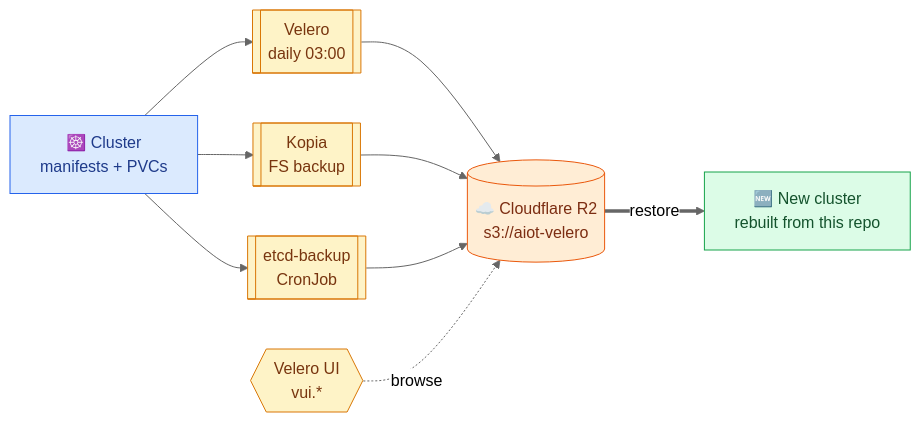
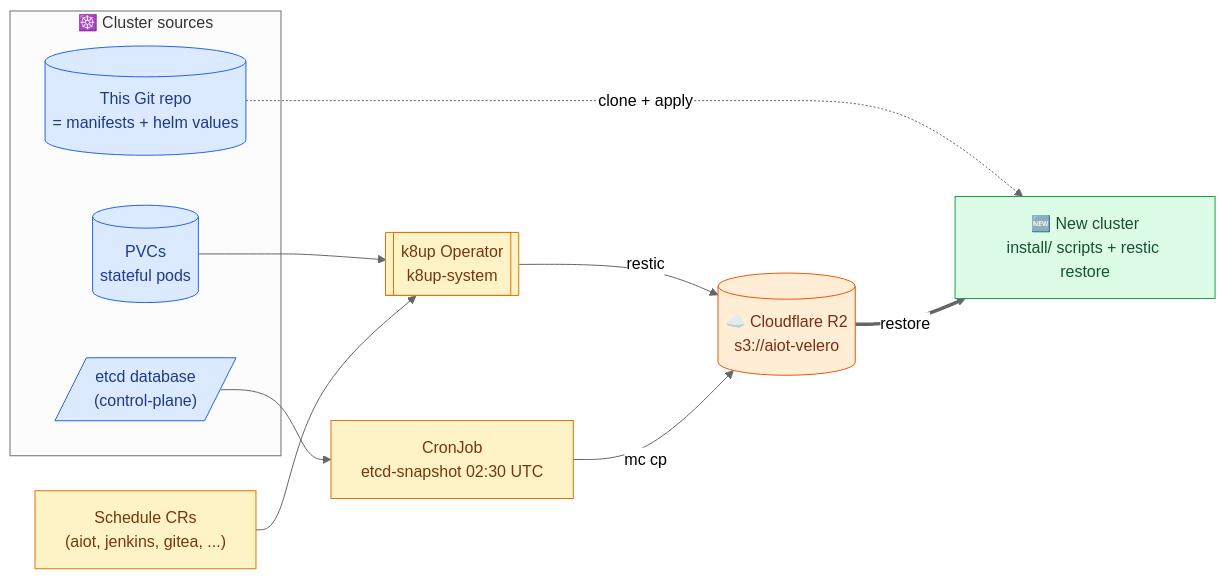
Before and after one commit to ondrejnr/aiot-platform: the fifth of 5 diagrams in README.md, drawn with Mermaid (neutral theme). The commit also changed other lines of this file and 4 other files, not shown here.

First line of the commit message:
docs: replace Velero with k8up (the actual backup tool); drop vui

````diff
--- a/README.md
+++ b/README.md
@@ -313,28 +313,32 @@
 ```mermaid
 flowchart LR
-    CL["☸️ Cluster<br/>manifests + PVCs"]
-    V[["Velero<br/>daily 03:00"]]
-    KOPIA[["Kopia<br/>FS backup"]]
-    ETCD[["etcd-backup<br/>CronJob"]]
+    subgraph SRC["☸️ Cluster sources"]
+        PVC[("PVCs<br/>stateful pods")]
+        ETCDB[/"etcd database<br/>(control-plane)"/]
+        REPO[("This Git repo<br/>= manifests + helm values")]
+    end
+
+    K8UP[["k8up Operator<br/>k8up-system"]]
+    SCHED["Schedule CRs<br/>(aiot, jenkins, gitea, ...)"]
+    ETCDCJ["CronJob<br/>etcd-snapshot 02:30 UTC"]
+
     R2[("☁️ Cloudflare R2<br/>s3://aiot-velero")]
-    VUI{{"Velero UI<br/>vui.*"}}
 
-    CL --> V
-    CL --> KOPIA
-    CL --> ETCD
-    V --> R2
-    KOPIA --> R2
-    ETCD --> R2
-    VUI -.browse.-> R2
+    PVC --> K8UP
+    SCHED --> K8UP
+    K8UP -- restic --> R2
+    ETCDB --> ETCDCJ
+    ETCDCJ -- mc cp --> R2
+    REPO -. clone + apply .-> NEW
 
-    R2 ==restore==> NEW["🆕 New cluster<br/>rebuilt from this repo"]
+    R2 ==restore==> NEW["🆕 New cluster<br/>install/ scripts + restic restore"]
 
     classDef src fill:#dbeafe,stroke:#2563eb,color:#1e3a8a
     classDef tool fill:#fef3c7,stroke:#d97706,color:#78350f
     classDef store fill:#ffedd5,stroke:#ea580c,color:#7c2d12
     classDef new fill:#dcfce7,stroke:#16a34a,color:#14532d
-    class CL src
-    class V,KOPIA,ETCD,VUI tool
+    class PVC,ETCDB,REPO src
+    class K8UP,SCHED,ETCDCJ tool
     class R2 store
     class NEW new
 ```
````
